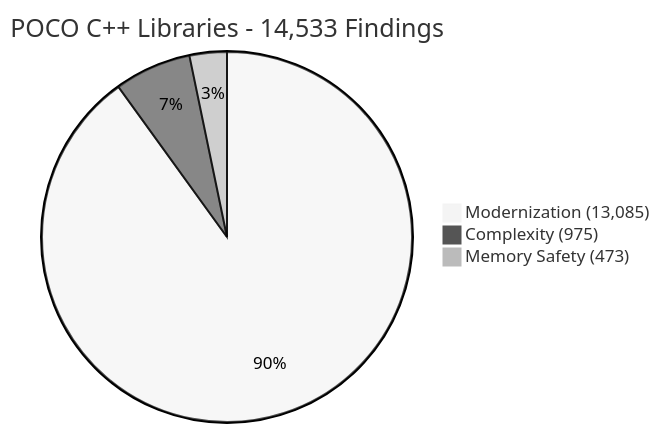
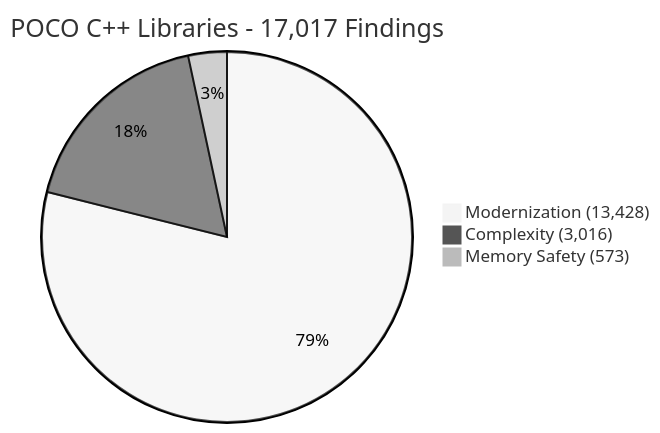
Before and after one commit to manju89jay/cppulse: the second of 2 diagrams in README.md, drawn with Mermaid (neutral theme). The commit also changed other lines of this file and 18 other files, not shown here.

````diff
--- a/README.md
+++ b/README.md
@@ -121,6 +121,6 @@
 ```mermaid
-pie title POCO C++ Libraries - 14,533 Findings
-    "Modernization (13,085)" : 13085
-    "Complexity (975)" : 975
-    "Memory Safety (473)" : 473
+pie title POCO C++ Libraries - 17,017 Findings
+    "Modernization (13,428)" : 13428
+    "Complexity (3,016)" : 3016
+    "Memory Safety (573)" : 573
 ```
````
